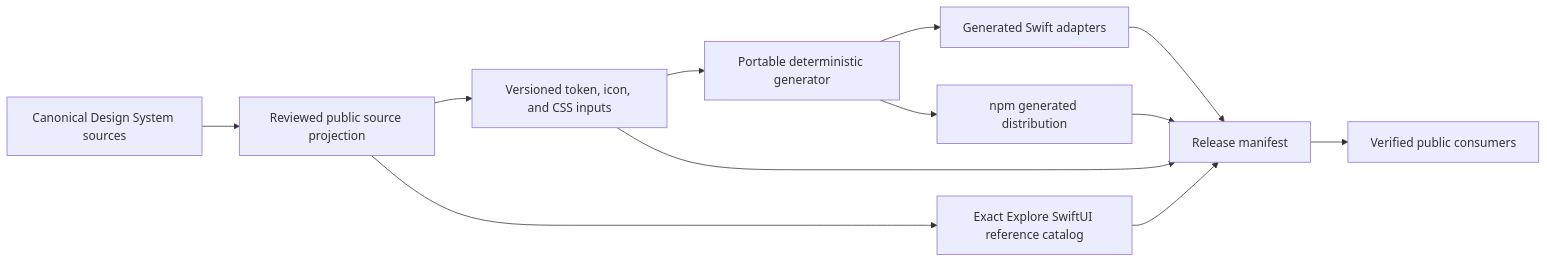
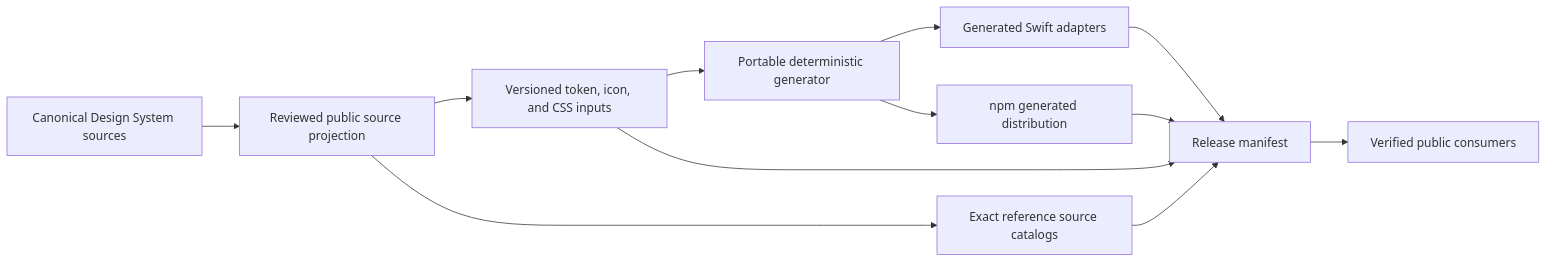
Before and after one commit to qenterra/design-system: the diagram in packages/docs/ARCHITECTURE.md, drawn with Mermaid. The commit also changed other lines of this file and 4833 other files, not shown here.

Commit message:
feat: add exact ReUI source catalog

````diff
--- a/packages/docs/ARCHITECTURE.md
+++ b/packages/docs/ARCHITECTURE.md
@@ -9,14 +9,14 @@
 ```mermaid
 flowchart LR
     Canonical[Canonical Design System sources] --> Projection[Reviewed public source projection]
     Projection --> NpmSource[Versioned token, icon, and CSS inputs]
-    Projection --> Explore[Exact Explore SwiftUI reference catalog]
+    Projection --> Catalogs[Exact reference source catalogs]
     NpmSource --> Generator[Portable deterministic generator]
     Generator --> Swift[Generated Swift adapters]
     Generator --> NpmDist[npm generated distribution]
     Swift --> Manifest[Release manifest]
     NpmSource --> Manifest
     NpmDist --> Manifest
-    Explore --> Manifest
+    Catalogs --> Manifest
     Manifest --> Consumers[Verified public consumers]
 ```
````
